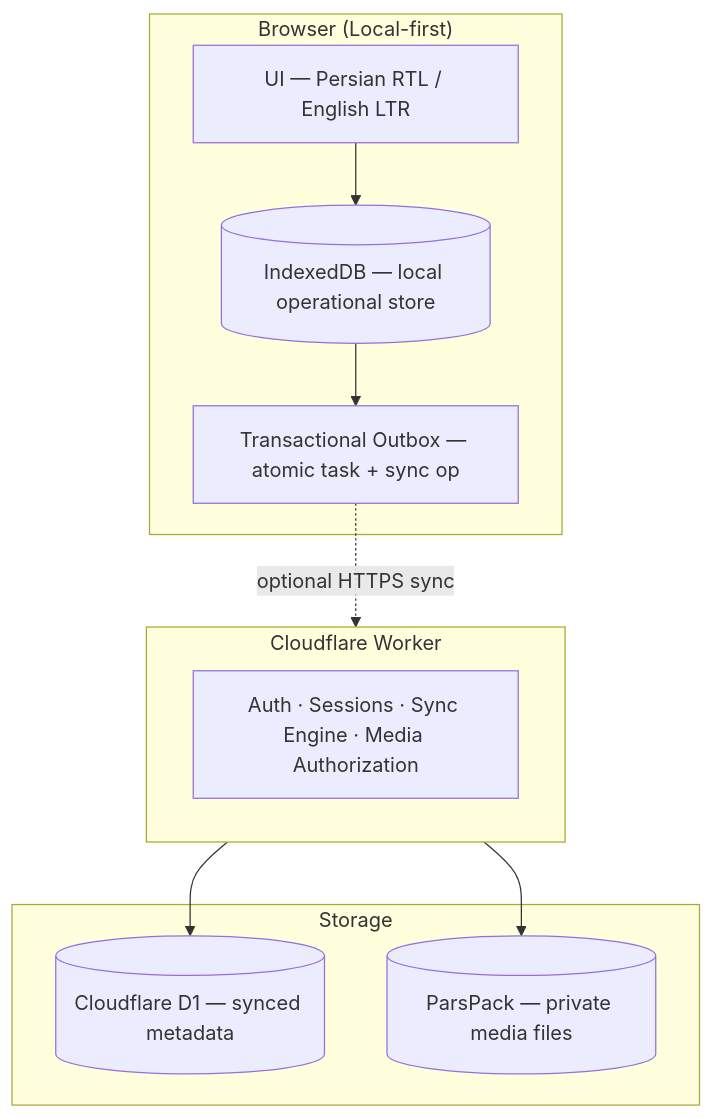
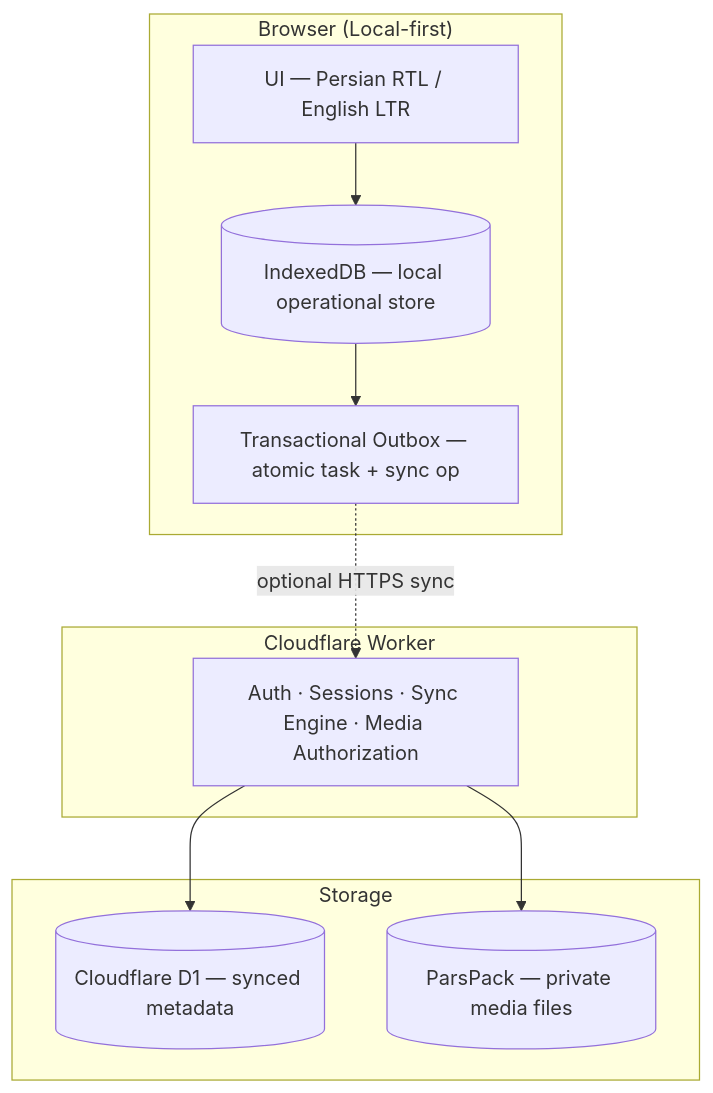
Before and after one commit to Mahdi-Amouzegar/rahe_farda: the diagram in README.md, drawn with Mermaid.

Commit message:
fix(docs): close bash block in README

````diff
--- a/README.md
+++ b/README.md
@@ -142,23 +142,24 @@
 ```mermaid
 flowchart TB
     subgraph Browser["Browser (Local-first)"]
         UI["UI — Persian RTL / English LTR"]
         IDB[("IndexedDB — local operational store")]
         Outbox["Transactional Outbox — atomic task + sync op"]
+
         UI --> IDB
         IDB --> Outbox
     end
 
     subgraph Worker["Cloudflare Worker"]
         API["Auth · Sessions · Sync Engine · Media Authorization"]
     end
 
     subgraph Storage["Storage"]
         D1[("Cloudflare D1 — synced metadata")]
         ParsPack[("ParsPack — private media files")]
     end
 
-    Outbox -.->|"optional HTTPS sync"| Worker
-    Worker --> D1
-    Worker --> ParsPack
+    Outbox -. "optional HTTPS sync" .-> API
+    API --> D1
+    API --> ParsPack
 ```
````
